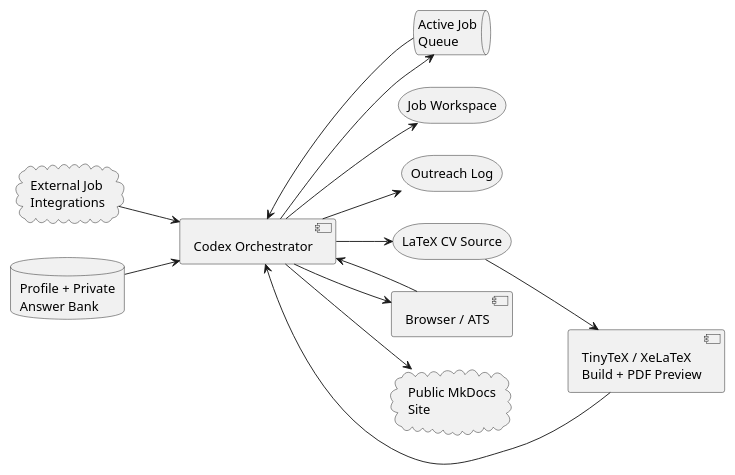
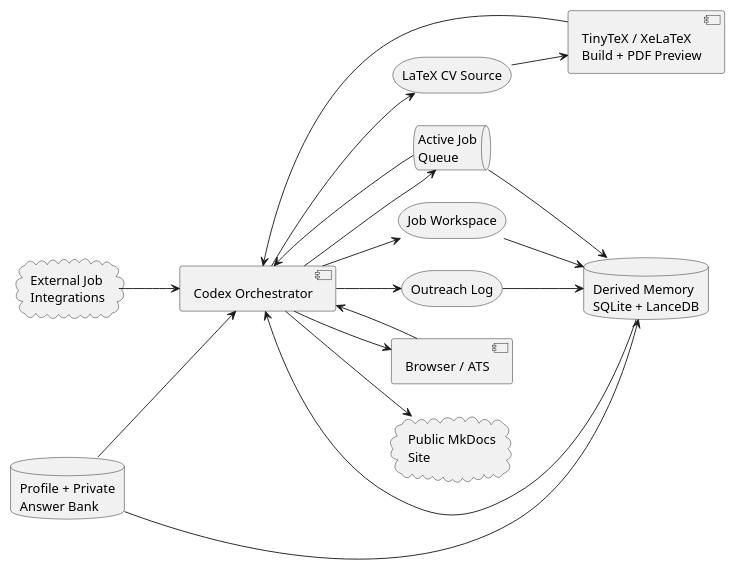
Before and after one commit to ddm18/codex-managed-application-workflow: the diagram in docs/architecture.md, drawn with PlantUML. The commit also changed other lines of this file and 7 other files, not shown here.

````diff
--- a/docs/architecture.md
+++ b/docs/architecture.md
@@ -9,30 +10,36 @@
 ```plantuml
 @startuml
 left to right direction
 scale 0.92
 
 cloud "External Job\nIntegrations" as JOBS
 database "Profile + Private\nAnswer Bank" as DATA
 queue "Active Job\nQueue" as QUEUE
 component "Codex Orchestrator" as CODEX
 storage "Job Workspace" as APPS
 storage "Outreach Log" as OUT
 storage "LaTeX CV Source" as CV
+database "Derived Memory\nSQLite + LanceDB" as MEM
 component "TinyTeX / XeLaTeX\nBuild + PDF Preview" as TEX
 component "Browser / ATS" as BROWSER
 cloud "Public MkDocs\nSite" as DOCS
 
 JOBS --> CODEX
 CODEX --> QUEUE
 QUEUE --> CODEX
 DATA --> CODEX
 CODEX --> APPS
 CODEX --> OUT
 CODEX --> CV
+QUEUE --> MEM
+DATA --> MEM
+APPS --> MEM
+OUT --> MEM
+MEM --> CODEX
 CV --> TEX
 TEX --> CODEX
 CODEX --> BROWSER
 BROWSER --> CODEX
 CODEX --> DOCS
 @enduml
 ```
````
